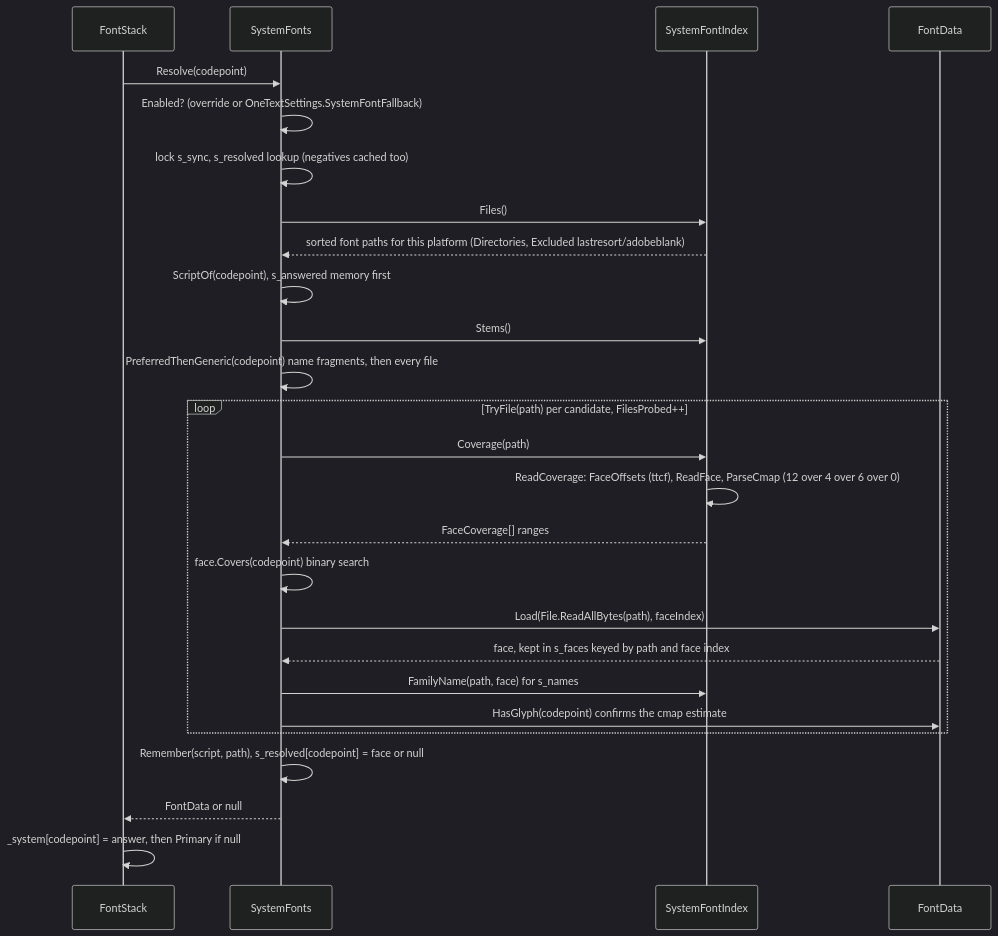
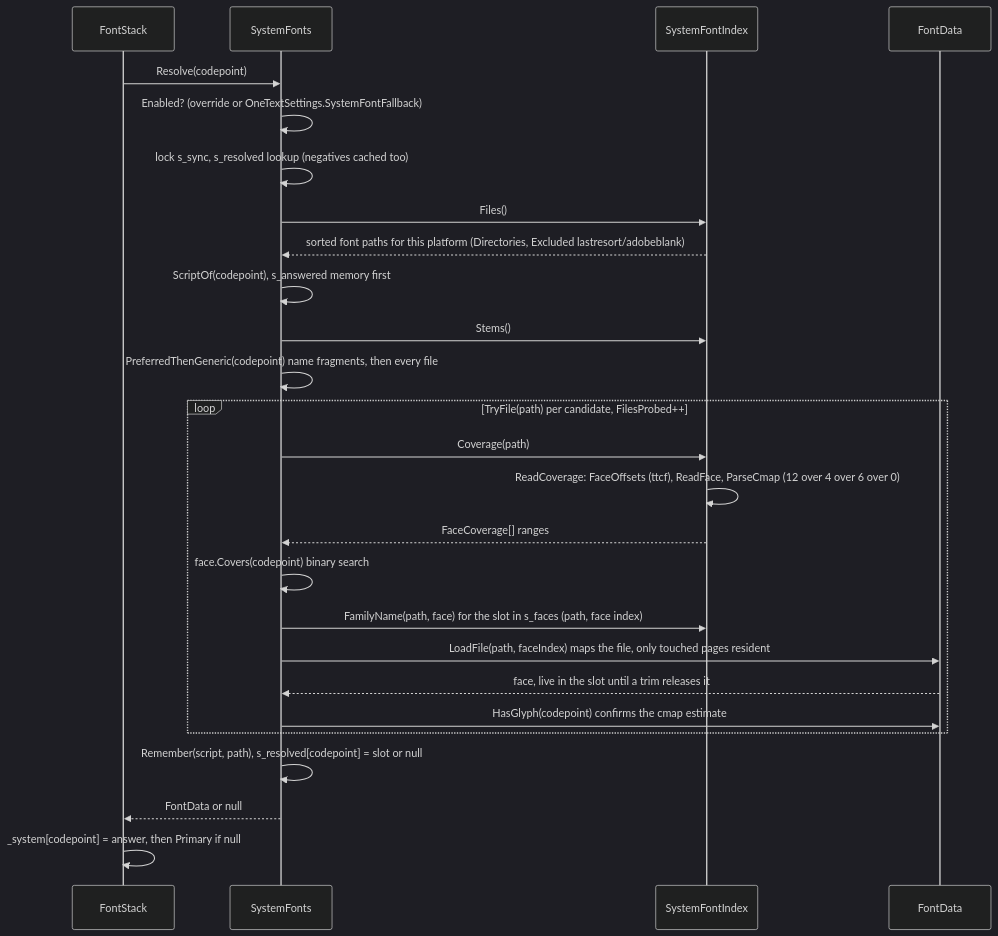
One commit to CodeOneLabs/OneText changed the diagram in Documentation~/Runtime/Core/Fonts/diagrams/system-font-probe.mmd. Above: the diagram before and after it, drawn with Mermaid (dark theme). The commit also changed 6 other files, not shown here.

First line of the commit message:
Changelog and module doc: mapped faces, system faces in the trim, font files

```diff
--- a/Documentation~/Runtime/Core/Fonts/diagrams/system-font-probe.mmd
+++ b/Documentation~/Runtime/Core/Fonts/diagrams/system-font-probe.mmd
@@ -1,26 +1,26 @@
 sequenceDiagram
     participant S as FontStack
     participant SF as SystemFonts
     participant IX as SystemFontIndex
     participant FD as FontData
     S->>SF: Resolve(codepoint)
     SF->>SF: Enabled? (override or OneTextSettings.SystemFontFallback)
     SF->>SF: lock s_sync, s_resolved lookup (negatives cached too)
     SF->>IX: Files()
     IX-->>SF: sorted font paths for this platform (Directories, Excluded lastresort/adobeblank)
     SF->>SF: ScriptOf(codepoint), s_answered memory first
     SF->>IX: Stems()
     SF->>SF: PreferredThenGeneric(codepoint) name fragments, then every file
     loop TryFile(path) per candidate, FilesProbed++
         SF->>IX: Coverage(path)
         IX->>IX: ReadCoverage: FaceOffsets (ttcf), ReadFace, ParseCmap (12 over 4 over 6 over 0)
         IX-->>SF: FaceCoverage[] ranges
         SF->>SF: face.Covers(codepoint) binary search
-        SF->>FD: Load(File.ReadAllBytes(path), faceIndex)
-        FD-->>SF: face, kept in s_faces keyed by path and face index
-        SF->>IX: FamilyName(path, face) for s_names
+        SF->>IX: FamilyName(path, face) for the slot in s_faces (path, face index)
+        SF->>FD: LoadFile(path, faceIndex) maps the file, only touched pages resident
+        FD-->>SF: face, live in the slot until a trim releases it
         SF->>FD: HasGlyph(codepoint) confirms the cmap estimate
     end
-    SF->>SF: Remember(script, path), s_resolved[codepoint] = face or null
+    SF->>SF: Remember(script, path), s_resolved[codepoint] = slot or null
     SF-->>S: FontData or null
     S->>S: _system[codepoint] = answer, then Primary if null
```
